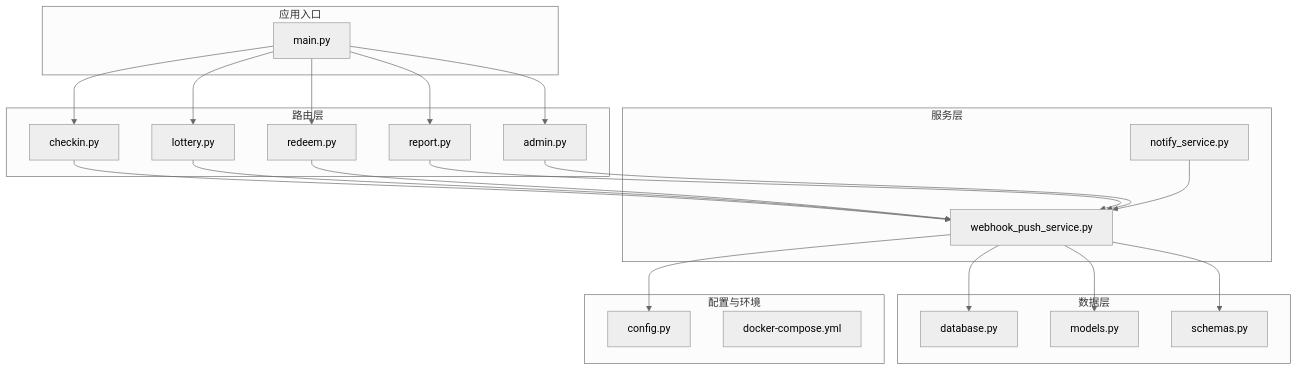
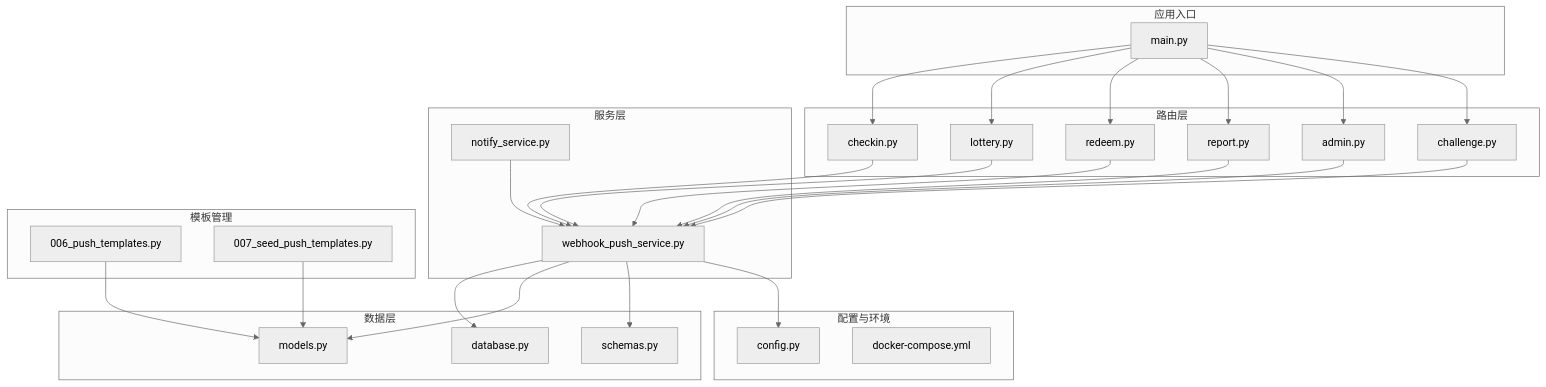
One commit to onebody/homework changed the first of 4 diagrams in .qoder/repowiki/zh/content/暑假作业打卡系统/后端服务架构/服务层架构/Webhook推送服务.md. Above: the diagram before and after it, drawn with Mermaid (neutral theme). The commit also changed other lines of this file and 15 other files, not shown here.

````diff
--- a/.qoder/repowiki/zh/content/暑假作业打卡系统/后端服务架构/服务层架构/Webhook推送服务.md
+++ b/.qoder/repowiki/zh/content/暑假作业打卡系统/后端服务架构/服务层架构/Webhook推送服务.md
@@ -38,41 +50,50 @@
 ```mermaid
 graph TB
 subgraph "应用入口"
 M["main.py"]
 end
 subgraph "路由层"
 R1["checkin.py"]
 R2["lottery.py"]
 R3["redeem.py"]
 R4["report.py"]
 R5["admin.py"]
+R6["challenge.py"]
 end
 subgraph "服务层"
 S1["webhook_push_service.py"]
 S2["notify_service.py"]
 end
 subgraph "数据层"
 D1["database.py"]
 D2["models.py"]
 D3["schemas.py"]
 end
 subgraph "配置与环境"
 C1["config.py"]
 DC["docker-compose.yml"]
 end
+subgraph "模板管理"
+T1["006_push_templates.py"]
+T2["007_seed_push_templates.py"]
+end
 M --> R1
 M --> R2
 M --> R3
 M --> R4
 M --> R5
+M --> R6
 R1 --> S1
 R2 --> S1
 R3 --> S1
 R4 --> S1
 R5 --> S1
+R6 --> S1
 S1 --> D1
 S1 --> D2
 S1 --> D3
 S1 --> C1
 S2 --> S1
+T1 --> D2
+T2 --> D2
 ```
````
